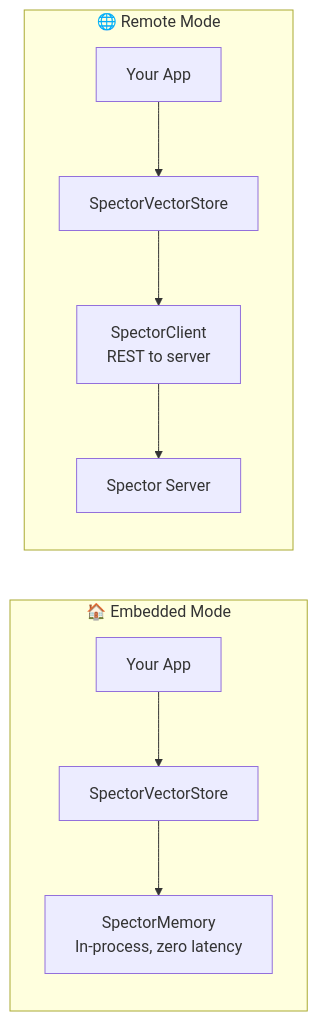
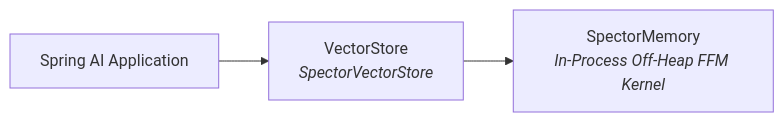
The diagram in docs/docs/sdk-usage/spring-ai.md (spectrayan/spector), drawn with Mermaid before and after one commit. The commit also changed other lines of this file and 10 other files, not shown here.

````diff
--- a/docs/docs/sdk-usage/spring-ai.md
+++ b/docs/docs/sdk-usage/spring-ai.md
@@ -37,13 +39,5 @@
 ```mermaid
 graph LR
-    subgraph "🏠 Embedded Mode"
-        A[Your App] --> B[SpectorVectorStore]
-        B --> C[SpectorMemory<br/>In-process, zero latency]
-    end
-
-    subgraph "🌐 Remote Mode"
-        D[Your App] --> E[SpectorVectorStore]
-        E --> F[SpectorClient<br/>REST to server]
-        F --> G[Spector Server]
-    end
+    A[Spring AI Application] --> B[VectorStore<br/><i>SpectorVectorStore</i>]
+    B --> C[SpectorMemory<br/><i>In-Process Off-Heap FFM Kernel</i>]
 ```
````
